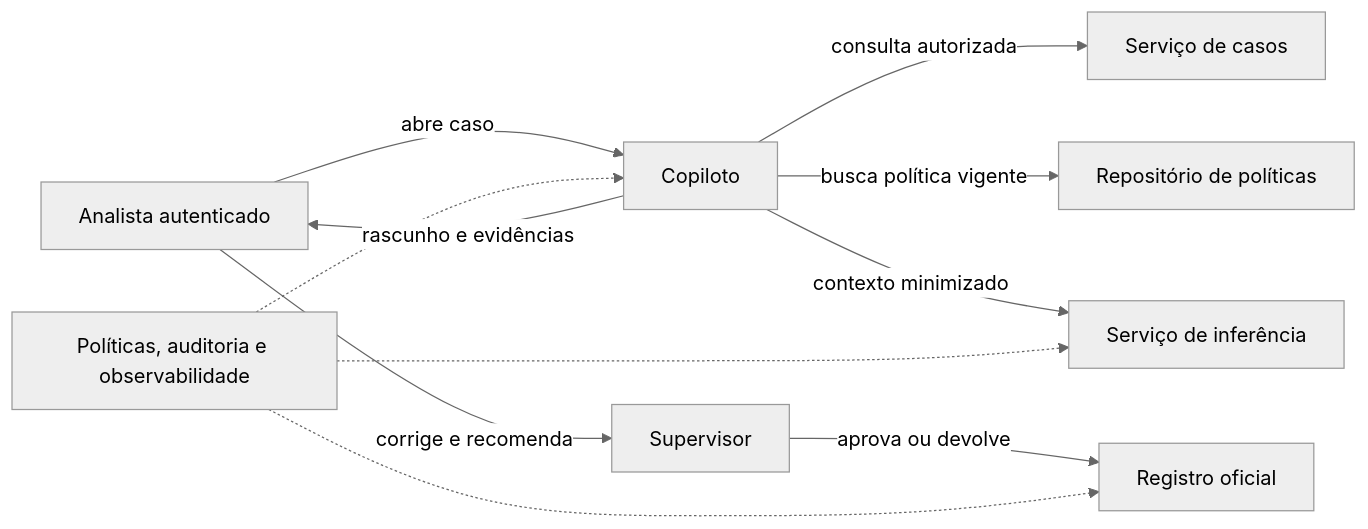
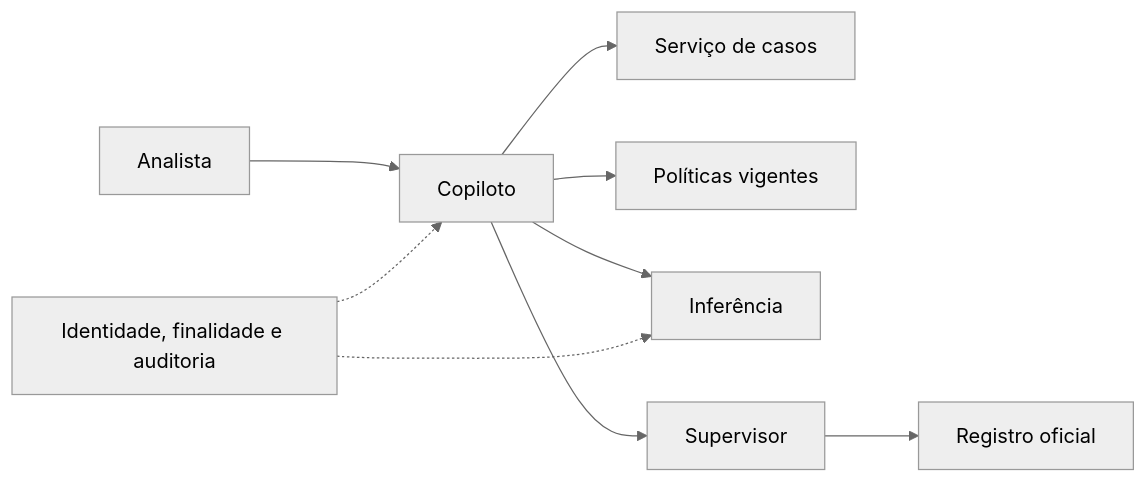
Before and after one commit to aulas-marco/arquitetura-solucoes-ia-generativa: the first of 3 diagrams in docs/modulo-2-desenho-conceitual/exemplo-arquitetural.md, drawn with Mermaid (neutral theme). The commit also changed other lines of this file and 18 other files, not shown here.

````diff
--- a/docs/modulo-2-desenho-conceitual/exemplo-arquitetural.md
+++ b/docs/modulo-2-desenho-conceitual/exemplo-arquitetural.md
@@ -20,13 +29,11 @@
 ```mermaid
 flowchart LR
-    A["Analista autenticado"] -->|"abre caso"| C["Copiloto"]
-    C -->|"consulta autorizada"| CSE["Serviço de casos"]
-    C -->|"busca política vigente"| POL["Repositório de políticas"]
-    C -->|"contexto minimizado"| MOD["Serviço de inferência"]
-    C -->|"rascunho e evidências"| A
-    A -->|"corrige e recomenda"| SUP["Supervisor"]
-    SUP -->|"aprova ou devolve"| REG["Registro oficial"]
-    GOV["Políticas, auditoria e observabilidade"] -.-> C
-    GOV -.-> MOD
-    GOV -.-> REG
+    A[Analista] --> C[Copiloto]
+    C --> S[Serviço de casos]
+    C --> P[Políticas vigentes]
+    C --> I[Inferência]
+    C --> U[Supervisor]
+    U --> R[Registro oficial]
+    G[Identidade, finalidade e auditoria] -.-> C
+    G -.-> I
 ```
````
